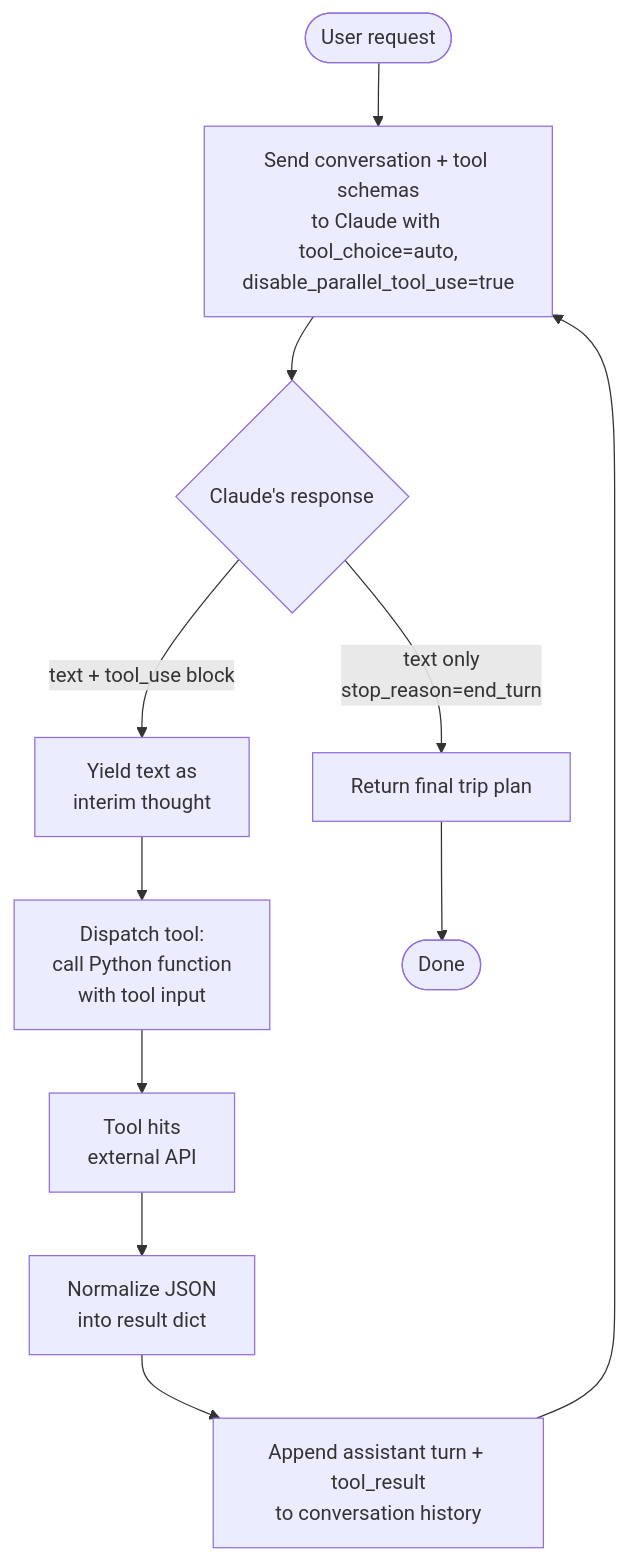
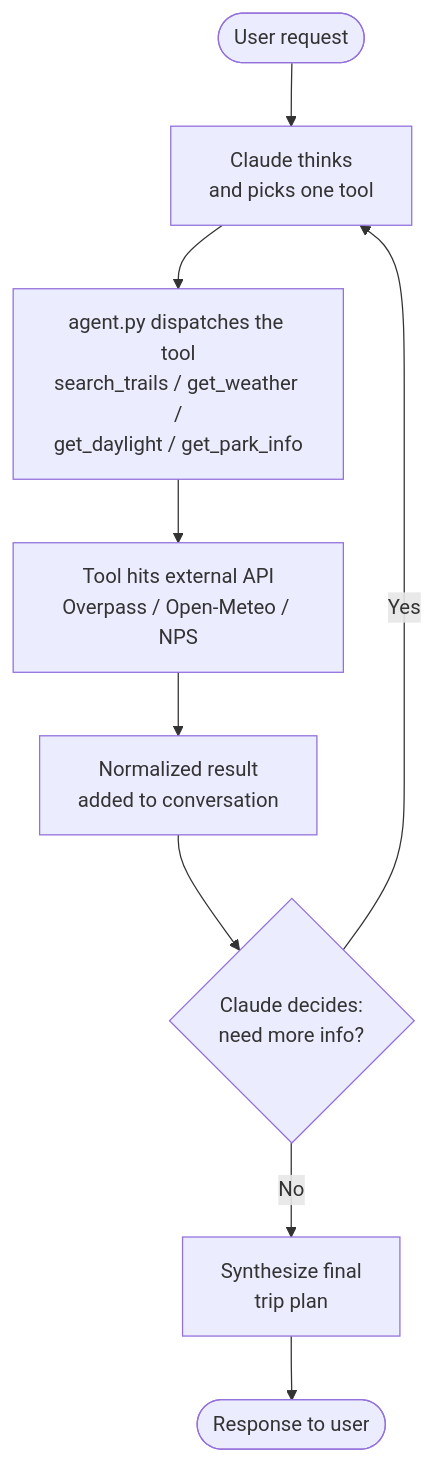
The diagram in README.md (Vihaan8/ai_agentic_outdoor_adventure), drawn with Mermaid before and after one commit. The commit also changed other lines of this file, not shown here.

````diff
--- a/README.md
+++ b/README.md
@@ -105,13 +93,11 @@
 ```mermaid
 flowchart TD
-    Start([User request]) --> Send[Send conversation + tool schemas<br/>to Claude with tool_choice=auto,<br/>disable_parallel_tool_use=true]
-    Send --> Claude{Claude's response}
-    Claude -->|text only<br/>stop_reason=end_turn| Final[Return final trip plan]
-    Claude -->|text + tool_use block| Narrate[Yield text as<br/>interim thought]
-    Narrate --> Dispatch[Dispatch tool:<br/>call Python function<br/>with tool input]
-    Dispatch --> External[Tool hits<br/>external API]
-    External --> Result[Normalize JSON<br/>into result dict]
-    Result --> Append[Append assistant turn + tool_result<br/>to conversation history]
-    Append --> Send
-    Final --> End([Done])
+    Start([User request]) --> Think[Claude thinks<br/>and picks one tool]
+    Think --> Call[agent.py dispatches the tool<br/>search_trails / get_weather /<br/>get_daylight / get_park_info]
+    Call --> External[Tool hits external API<br/>Overpass / Open-Meteo / NPS]
+    External --> Result[Normalized result<br/>added to conversation]
+    Result --> Decide{Claude decides:<br/>need more info?}
+    Decide -->|Yes| Think
+    Decide -->|No| Final[Synthesize final<br/>trip plan]
+    Final --> End([Response to user])
 ```
````
